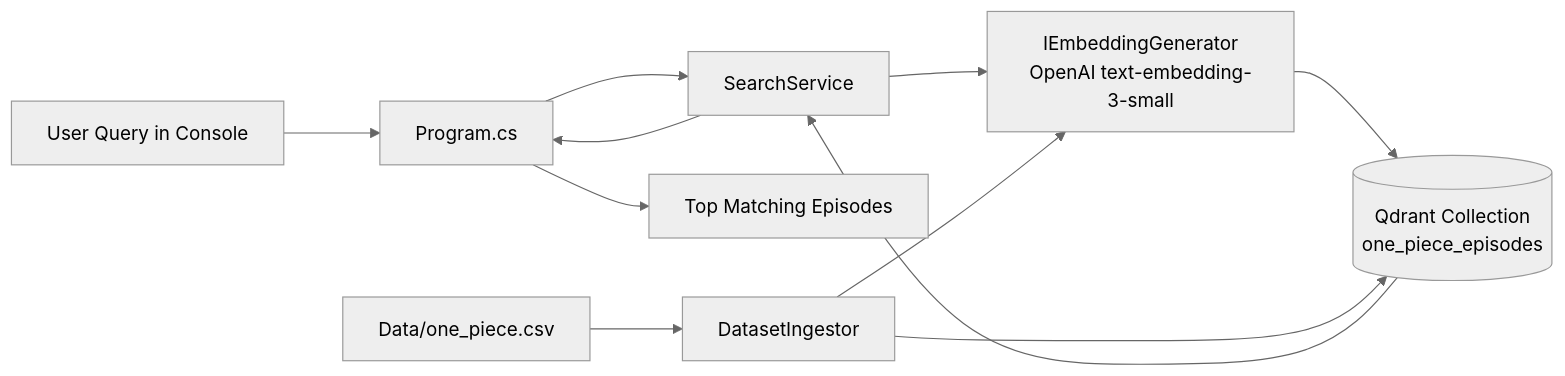
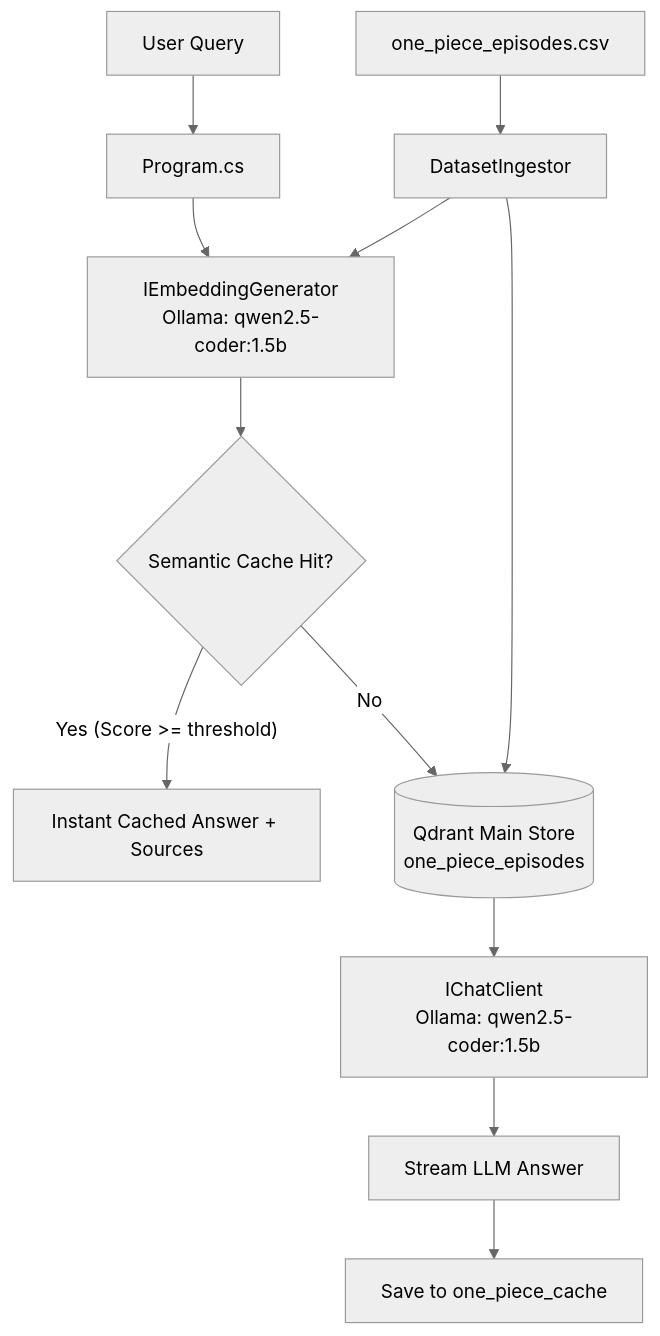
Before and after one commit to rahu619/one-piece-rag-lab: the diagram in README.md, drawn with Mermaid (neutral theme). The commit also changed other lines of this file and 8 other files, not shown here.

Commit message:
Introduce semantic caching for Qdrant and Ollama-based RAG

````diff
--- a/README.md
+++ b/README.md
@@ -7,14 +9,15 @@
 ```mermaid
-flowchart LR
-    U[User Query in Console] --> P[Program.cs]
-    P --> S[SearchService]
-    S --> E[IEmbeddingGenerator<br/>OpenAI text-embedding-3-small]
-    E --> Q[(Qdrant Collection<br/>one_piece_episodes)]
-    Q --> S
-    S --> P
-    P --> R[Top Matching Episodes]
-
-    D[Data/one_piece.csv] --> I[DatasetIngestor]
-    I --> E
-    I --> Q
+flowchart TD
+    U[User Query] --> P[Program.cs]
+    P --> EMB[IEmbeddingGenerator<br/>Ollama: qwen2.5-coder:1.5b]
+    EMB --> CACHE{Semantic Cache Hit?}
+    CACHE -- "Yes (Score >= threshold)" --> RETURN[Instant Cached Answer + Sources]
+    CACHE -- No --> DB[(Qdrant Main Store<br/>one_piece_episodes)]
+    DB --> LLM[IChatClient<br/>Ollama: qwen2.5-coder:1.5b]
+    LLM --> PRINT[Stream LLM Answer]
+    PRINT --> SAVE[Save to one_piece_cache]
+    
+    CSV[one_piece_episodes.csv] --> INGEST[DatasetIngestor]
+    INGEST --> EMB
+    INGEST --> DB
 ```
````
